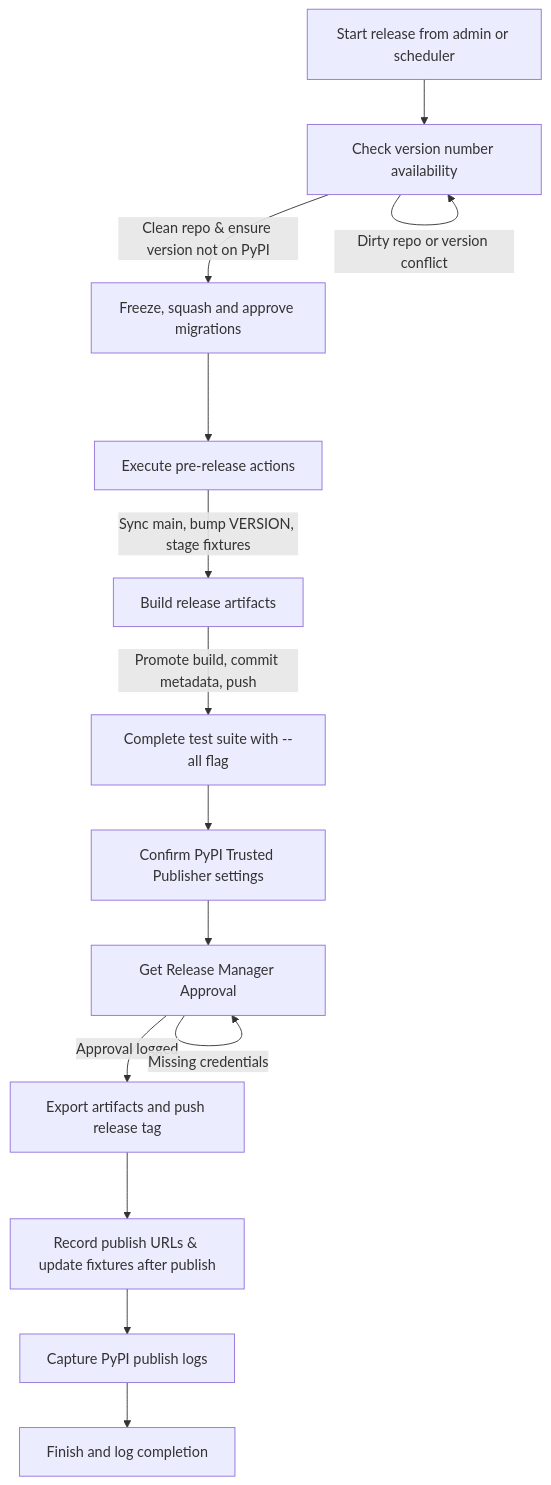
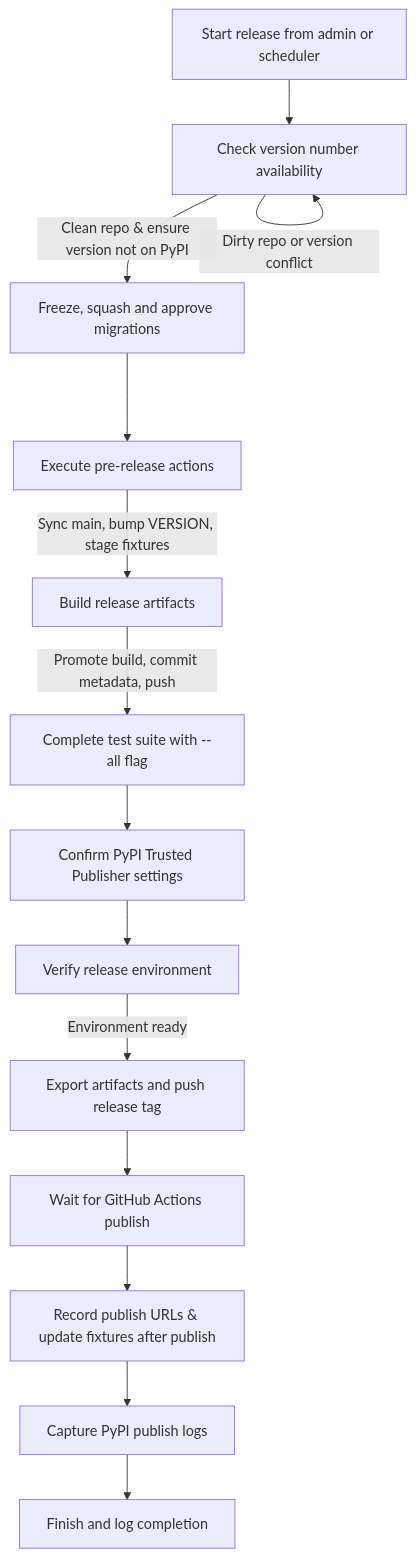
Before and after one commit to arthexis/arthexis: the diagram in docs/development/package-release-process.md, drawn with Mermaid. The commit also changed other lines of this file and 18 other files, not shown here.

Commit message:
Deprecate release manager credentials

````diff
--- a/docs/development/package-release-process.md
+++ b/docs/development/package-release-process.md
@@ -5,16 +5,16 @@
 ```mermaid
 flowchart TD
     A[Start release from admin or scheduler] --> B[Check version number availability]
     B -->|Clean repo & ensure version not on PyPI| C[Freeze, squash and approve migrations]
     C --> D[Execute pre-release actions]
     D -->|Sync main, bump VERSION, stage fixtures| E[Build release artifacts]
     E -->|Promote build, commit metadata, push| F[Complete test suite with --all flag]
     F --> TP[Confirm PyPI Trusted Publisher settings]
-    TP --> G[Get Release Manager Approval]
-    G -->|Approval logged| H[Export artifacts and push release tag]
-    H --> I[Record publish URLs & update fixtures after publish]
-    I --> J[Capture PyPI publish logs]
-    J --> K[Finish and log completion]
-    G -->|Missing credentials| G
+    TP --> G[Verify release environment]
+    G -->|Environment ready| H[Export artifacts and push release tag]
+    H --> I[Wait for GitHub Actions publish]
+    I --> J[Record publish URLs & update fixtures after publish]
+    J --> K[Capture PyPI publish logs]
+    K --> L[Finish and log completion]
     B -->|Dirty repo or version conflict| B
 ```
````
